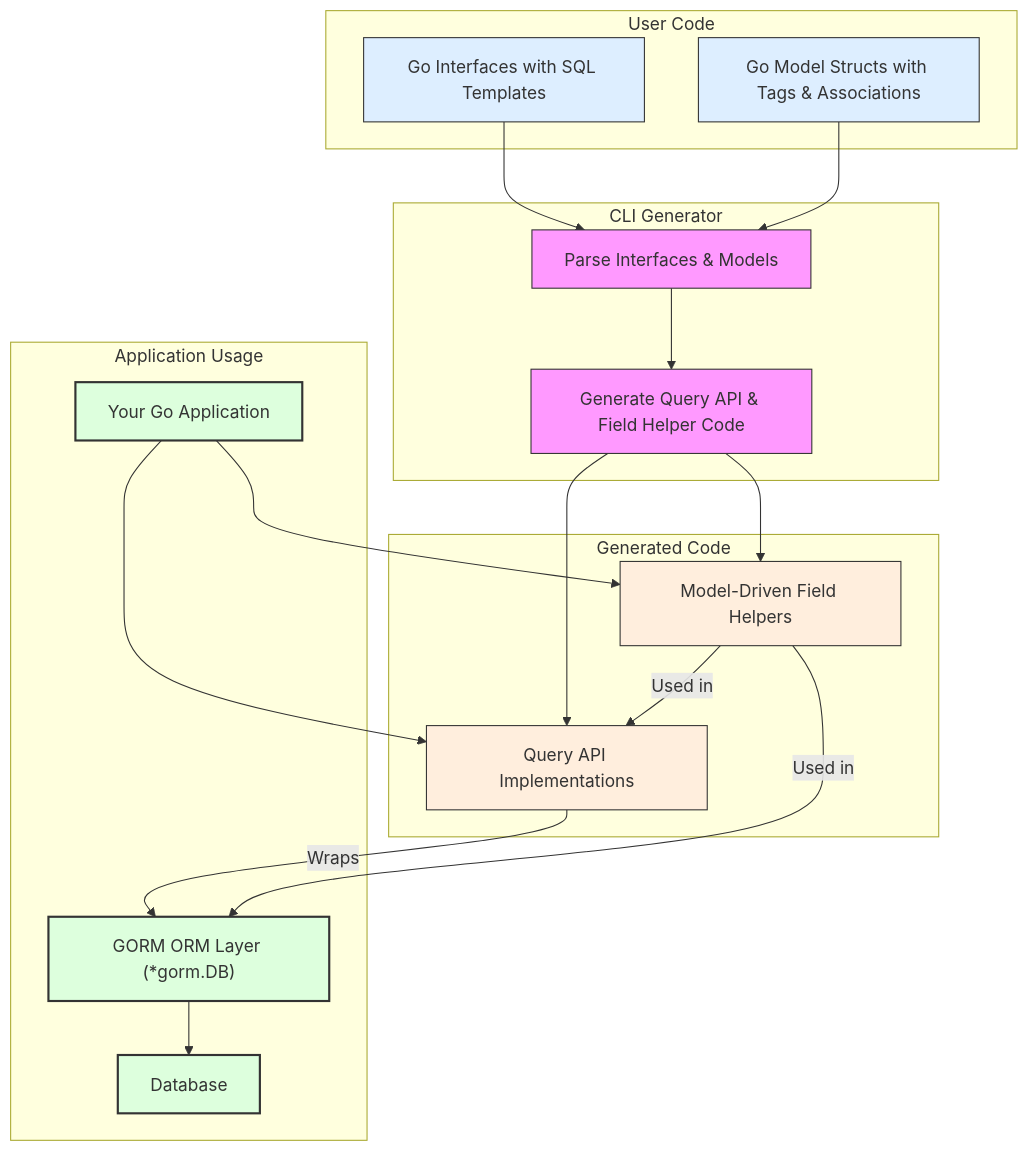
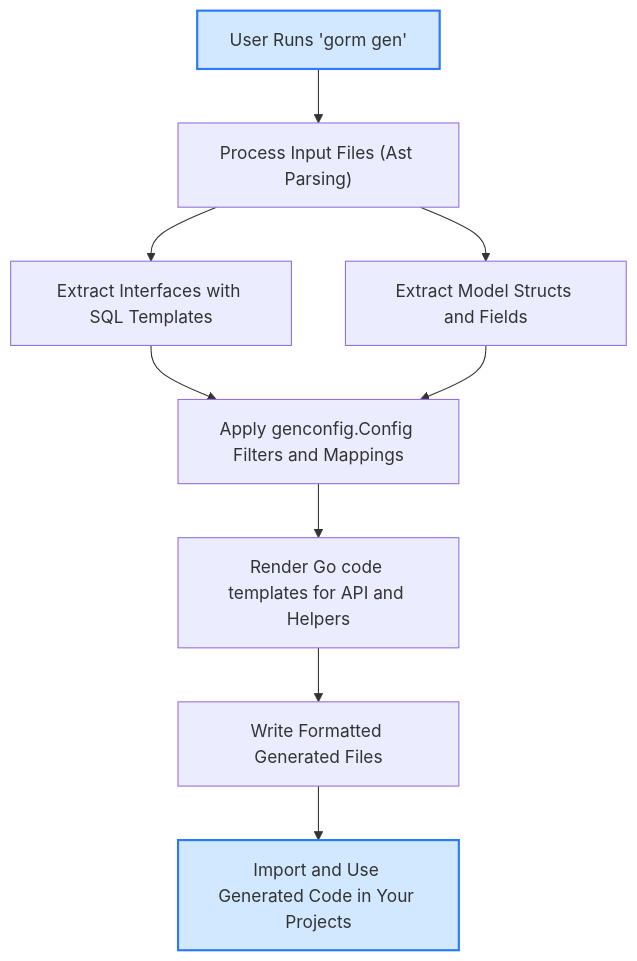
One commit to clidey/docucod-public-project-3a0e48a9-6b86-4d21-a930-072fe9723c66 changed the diagram in concepts/core-architecture/architecture-overview.mdx. Above: the diagram before and after it, drawn with Mermaid. The commit also changed other lines of this file and 31 other files, not shown here.

````diff
--- a/concepts/core-architecture/architecture-overview.mdx
+++ b/concepts/core-architecture/architecture-overview.mdx
@@ -68,48 +205,14 @@
 ```mermaid
 flowchart TD
+  CLIInvocation["User Runs 'gorm gen'"] --> ProcessInput["Process Input Files (Ast Parsing)"]
+  ProcessInput --> ExtractInterfaces["Extract Interfaces with SQL Templates"]
+  ProcessInput --> ExtractStructs["Extract Model Structs and Fields"]
+  ExtractInterfaces --> ApplyConfigs["Apply genconfig.Config Filters and Mappings"]
+  ExtractStructs --> ApplyConfigs
+  ApplyConfigs --> RenderTemplates["Render Go code templates for API and Helpers"]
+  RenderTemplates --> WriteFiles["Write Formatted Generated Files"]
+  WriteFiles --> Usage["Import and Use Generated Code in Your Projects"]
 
-  subgraph User Code
-    Interfaces["Go Interfaces with SQL Templates"]
-    Models["Go Model Structs with Tags & Associations"]
-  end
-
-  subgraph CLI Generator
-    Parser["Parse Interfaces & Models"]
-    GenCode["Generate Query API & Field Helper Code"]
-  end
-
-  subgraph Generated Code
-    QueryAPI["Query API Implementations"]
-    FieldHelpers["Model-Driven Field Helpers"]
-  end
-
-  subgraph Application Usage
-    App["Your Go Application"]
-    GORM["GORM ORM Layer (*gorm.DB)"]
-    DB["Database"]
-  end
-
-  Interfaces --> Parser
-  Models --> Parser
-  Parser --> GenCode
-  GenCode --> QueryAPI
-  GenCode --> FieldHelpers
-  App --> QueryAPI
-  App --> FieldHelpers
-  QueryAPI -->|Wraps| GORM
-  FieldHelpers -->|Used in| QueryAPI
-  FieldHelpers -->|Used in| GORM
-  GORM --> DB
-
-  
-  classDef userCode fill:#def,stroke:#333,stroke-width:1px;
-  classDef cliGen fill:#f9f,stroke:#333,stroke-width:1px;
-  classDef genCode fill:#fed,stroke:#333,stroke-width:1px;
-  classDef appUsage fill:#dfd,stroke:#333,stroke-width:2px;
-
-  class Interfaces,Models userCode;
-  class Parser,GenCode cliGen;
-  class QueryAPI,FieldHelpers genCode;
-  class App,GORM,DB appUsage;
-
+  classDef startEnd fill:#D1E8FF,stroke:#2B7AFC,stroke-width:2px;
+  class CLIInvocation,Usage startEnd;
 ```
````
